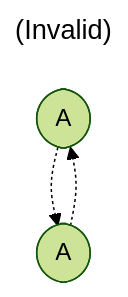
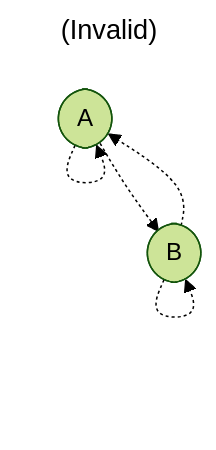
One commit to stepchowfun/proofs changed the sixth of 21 diagrams in proofs/AdmissibilityGraph/README.md. Above: the diagram before and after it, drawn with Mermaid (forest theme). The commit also changed other lines of this file, not shown here.

Commit message:
Add some common admissibility graph patterns

````diff
--- a/proofs/AdmissibilityGraph/README.md
+++ b/proofs/AdmissibilityGraph/README.md
@@ -122,11 +122,13 @@
 ```mermaid
 ---
 title: (Invalid)
 ---
 flowchart TD
   a([A])
-  b([A])
+  b([B])
 
+  a -.-> a
+  b -.-> b
   a -.-> b
   b -.-> a
 ```
````
